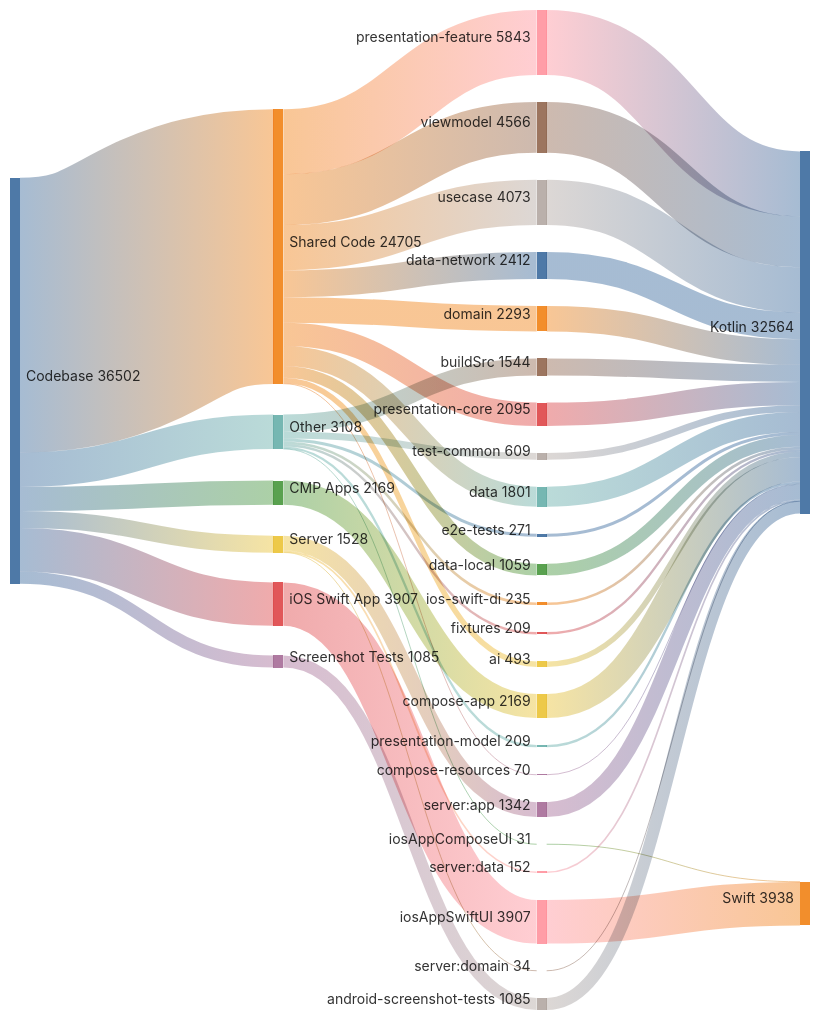
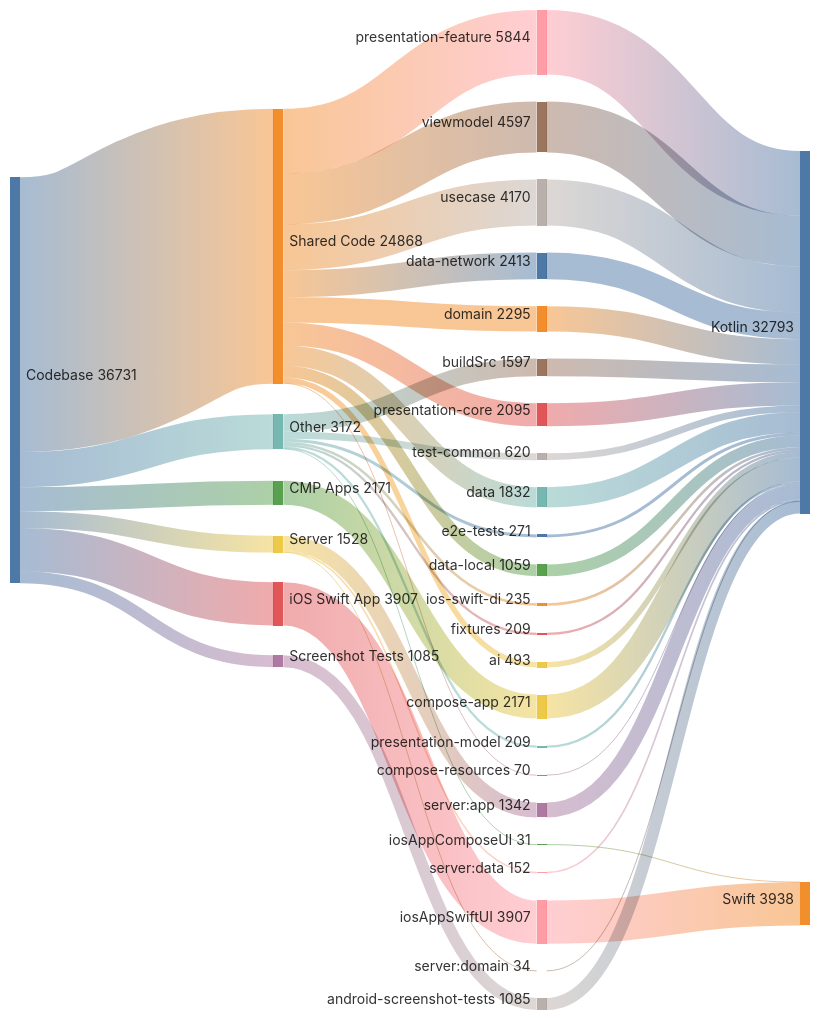
The diagram in README.md (cartland/battery-butler), drawn with Mermaid before and after one commit. The commit also changed 2 other files, not shown here.

Commit message:
docs(generated): Regenerate architecture diagrams and analysis (#917)

````diff
--- a/README.md
+++ b/README.md
@@ -34,73 +34,73 @@
 ```mermaid
 ---
 config:
   sankey:
     showValues: true
     width: 800
     height: 1000
     nodeAlignment: justify
     linkColor: gradient
 ---
 %% GENERATED FILE - DO NOT EDIT
 sankey-beta
 
-Codebase,Shared Code,24705
+Codebase,Shared Code,24868
 Codebase,iOS Swift App,3907
-Codebase,Other,3108
-Codebase,CMP Apps,2169
+Codebase,Other,3172
+Codebase,CMP Apps,2171
 Codebase,Server,1528
 Codebase,Screenshot Tests,1085
 
-Shared Code,presentation-feature,5843
-Shared Code,viewmodel,4566
-Shared Code,usecase,4073
-Shared Code,data-network,2412
-Shared Code,domain,2293
+Shared Code,presentation-feature,5844
+Shared Code,viewmodel,4597
+Shared Code,usecase,4170
+Shared Code,data-network,2413
+Shared Code,domain,2295
 Shared Code,presentation-core,2095
-Shared Code,data,1801
+Shared Code,data,1832
 Shared Code,data-local,1059
 Shared Code,ai,493
 Shared Code,compose-resources,70
 
 iOS Swift App,iosAppSwiftUI,3907
 
-Other,buildSrc,1544
-Other,test-common,609
+Other,buildSrc,1597
+Other,test-common,620
 Other,e2e-tests,271
 Other,ios-swift-di,235
 Other,fixtures,209
 Other,presentation-model,209
 Other,iosAppComposeUI,31
 
-CMP Apps,compose-app,2169
+CMP Apps,compose-app,2171
 
 Server,server:app,1342
 Server,server:data,152
 Server,server:domain,34
 
 Screenshot Tests,android-screenshot-tests,1085
 
-presentation-feature,Kotlin,5843
-viewmodel,Kotlin,4566
-usecase,Kotlin,4073
+presentation-feature,Kotlin,5844
+viewmodel,Kotlin,4597
+usecase,Kotlin,4170
 iosAppSwiftUI,Swift,3907
-data-network,Kotlin,2412
-domain,Kotlin,2293
-compose-app,Kotlin,2169
+data-network,Kotlin,2413
+domain,Kotlin,2295
+compose-app,Kotlin,2171
 presentation-core,Kotlin,2095
-data,Kotlin,1801
-buildSrc,Kotlin,1544
+data,Kotlin,1832
+buildSrc,Kotlin,1597
 server:app,Kotlin,1342
 android-screenshot-tests,Kotlin,1085
 data-local,Kotlin,1059
-test-common,Kotlin,609
+test-common,Kotlin,620
 ai,Kotlin,493
 e2e-tests,Kotlin,271
 ios-swift-di,Kotlin,235
 fixtures,Kotlin,209
 presentation-model,Kotlin,209
 server:data,Kotlin,152
 compose-resources,Kotlin,70
 server:domain,Kotlin,34
 iosAppComposeUI,Swift,31
 ```
````
